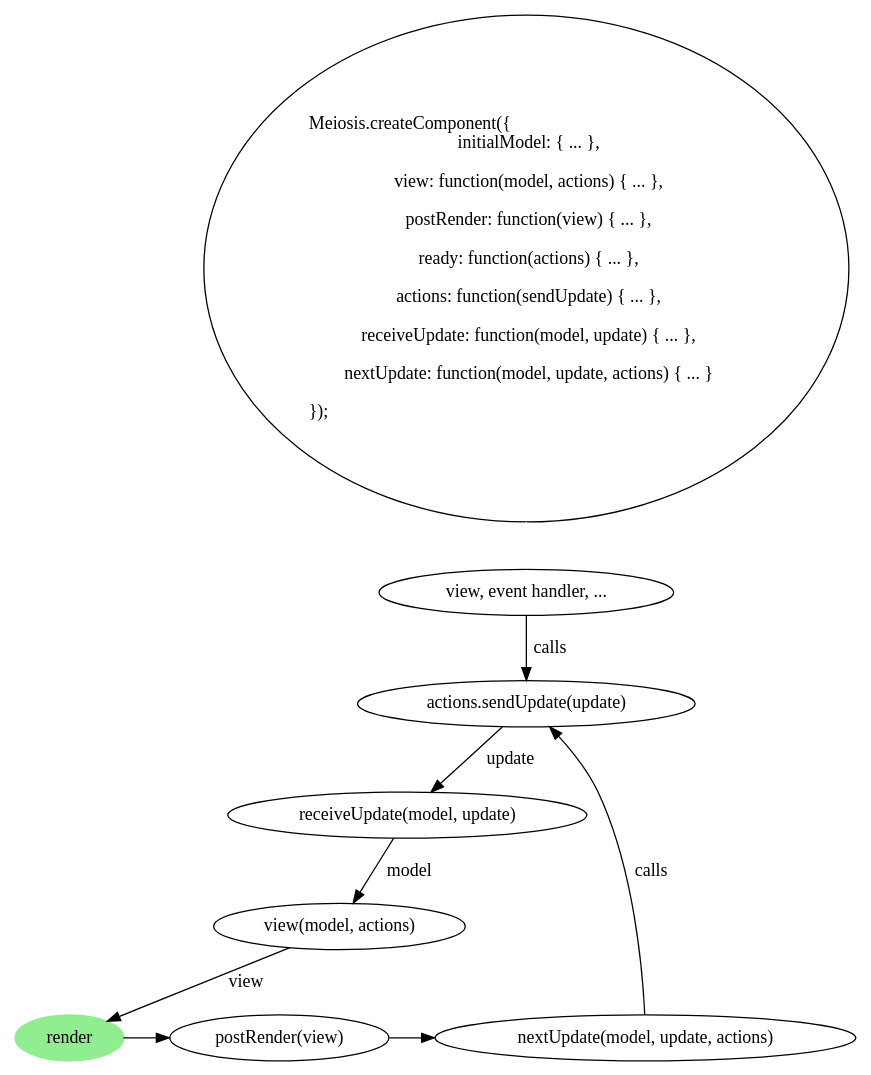
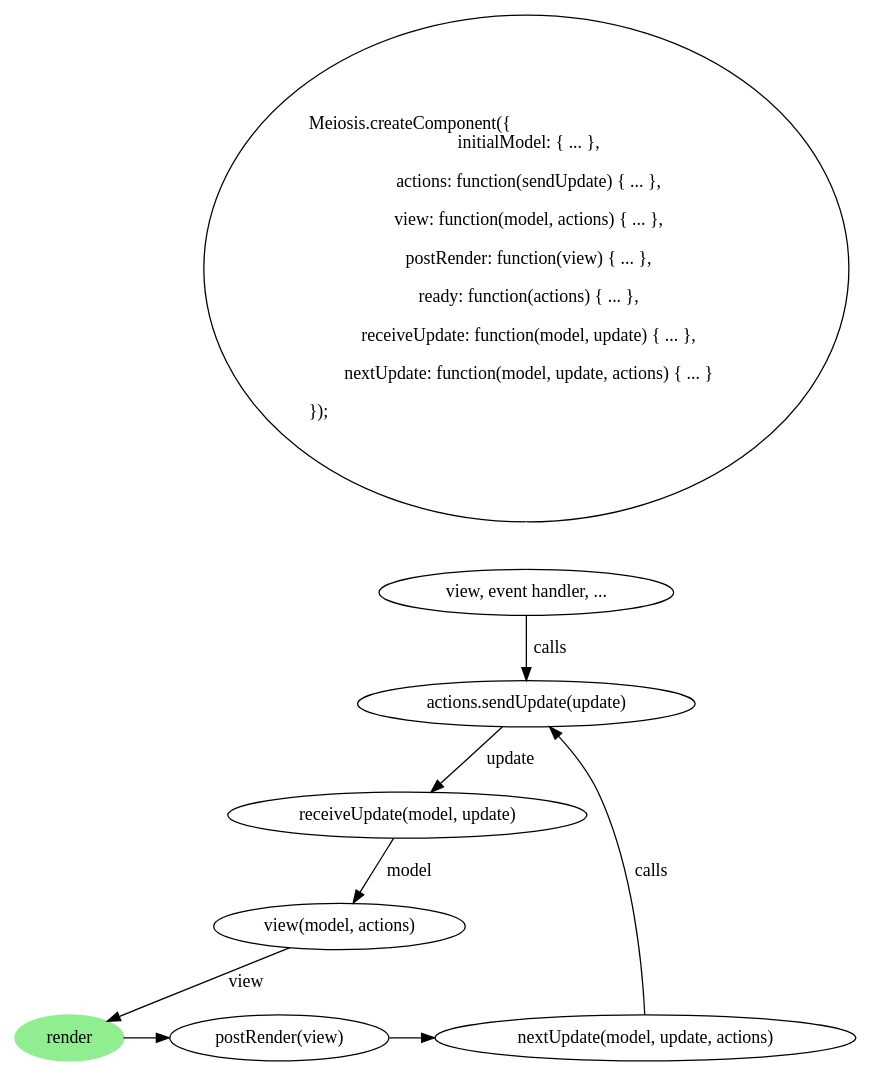
The diagram in images/meiosis_update.dot (foxdonut/meiosis-guide), drawn with Graphviz before and after one commit. The commit also changed other lines of this file and 3 other files, not shown here.

Commit message:
Update diagrams.

```diff
--- a/images/meiosis_update.dot
+++ b/images/meiosis_update.dot
@@ -1,29 +1,29 @@
 digraph meiosis_update {
   createComponent [fontname=Hack, label = "\lMeiosis.createComponent(\{\l\ \ initialModel: \{ ... \},
+    \l  actions: function(sendUpdate) \{ ... \},
     \l  view: function(model, actions) \{ ... \},
     \l  postRender: function(view) \{ ... \},
     \l  ready: function(actions) \{ ... \},
-    \l  actions: function(sendUpdate) \{ ... \},
     \l  receiveUpdate: function(model, update) \{ ... \},
     \l  nextUpdate: function(model, update, actions) \{ ... \}
     \l\});\l\l"]
 
   trigger [label = "view, event handler, ..."]
   sendUpdate [label = "actions.sendUpdate(update)", fontname=Hack]
   receiveUpdate [label = "receiveUpdate(model, update)", fontname=Hack]
   view [label = "view(model, actions)", fontname=Hack]
   render [style=filled, color=lightgreen]
   postRender [label = "postRender(view)", fontname=Hack]
   nextUpdate [label = "nextUpdate(model, update, actions)", fontname=Hack]
 
   {rank=same; render postRender nextUpdate}
 
   createComponent -> trigger [arrowhead=none, arrowtail=empty, color=white]
   trigger -> sendUpdate [label = " calls"]
   sendUpdate -> receiveUpdate [label = " update"]
   receiveUpdate -> view [label = " model"]
   view -> render [label = " view"]
   render -> postRender
   postRender -> nextUpdate
   nextUpdate -> sendUpdate [label = " calls"]
 }
```
